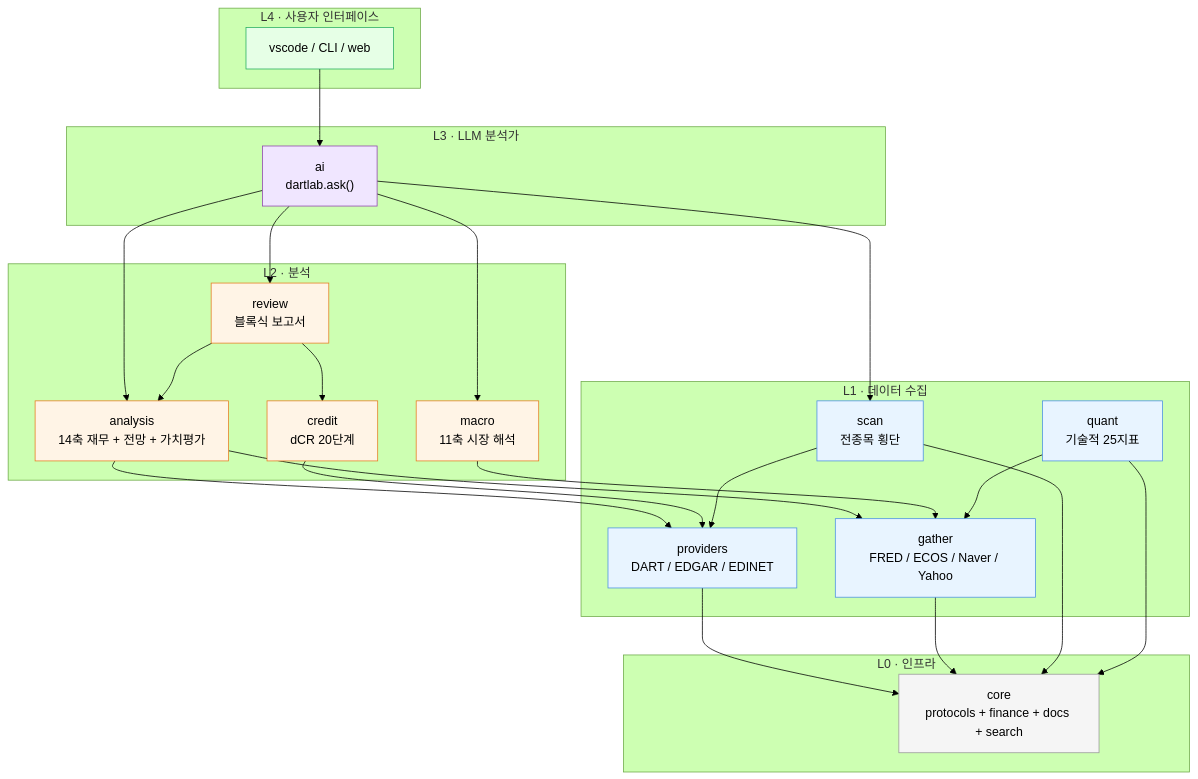
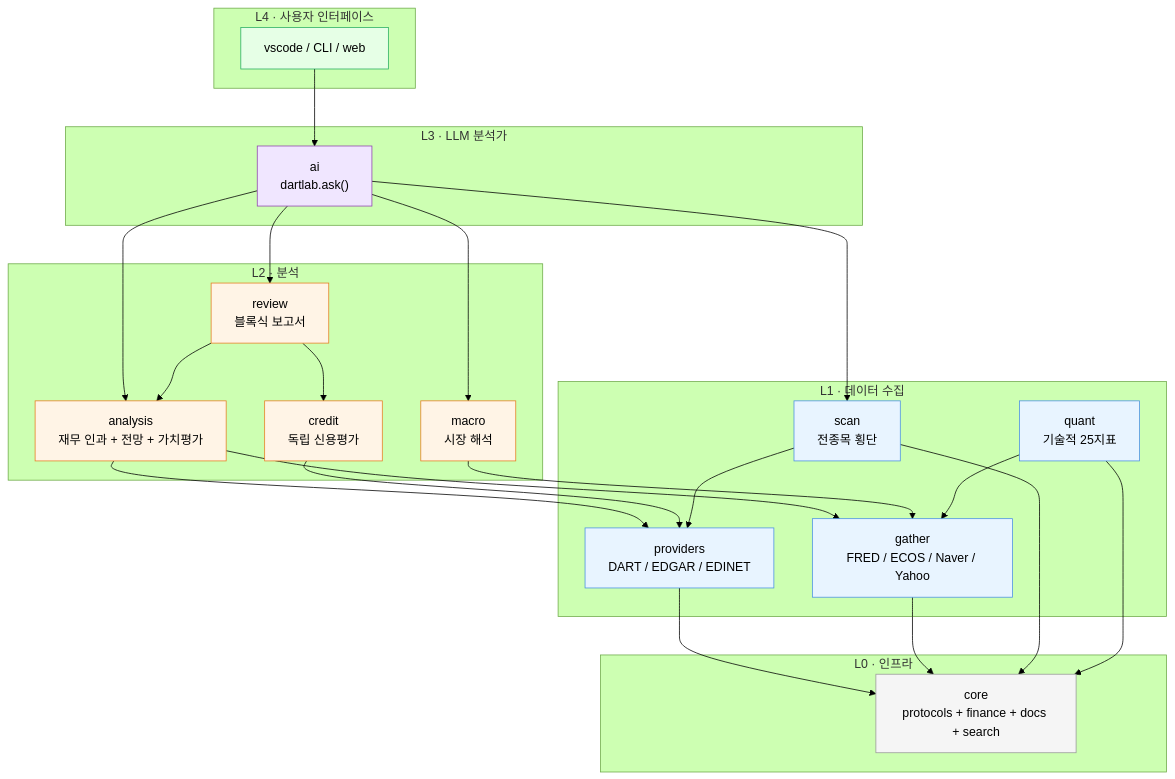
Before and after one commit to zkznxk123-sys/dartlab: the diagram in README_KR.md, drawn with Mermaid (forest theme). The commit also changed other lines of this file and 36 other files, not shown here.

````diff
--- a/README_KR.md
+++ b/README_KR.md
@@ -249,53 +267,53 @@
 ```mermaid
 flowchart TB
     subgraph L4["L4 · 사용자 인터페이스"]
         UI["vscode / CLI / web"]
     end
     subgraph L3["L3 · LLM 분석가"]
         AI["ai<br/>dartlab.ask()"]
     end
     subgraph L2["L2 · 분석"]
-        ANA["analysis<br/>14축 재무 + 전망 + 가치평가"]
-        CRD["credit<br/>dCR 20단계"]
-        MAC["macro<br/>11축 시장 해석"]
+        ANA["analysis<br/>재무 인과 + 전망 + 가치평가"]
+        CRD["credit<br/>독립 신용평가"]
+        MAC["macro<br/>시장 해석"]
         REV["review<br/>블록식 보고서"]
     end
     subgraph L1["L1 · 데이터 수집"]
         PRV["providers<br/>DART / EDGAR / EDINET"]
         GAT["gather<br/>FRED / ECOS / Naver / Yahoo"]
         SCN["scan<br/>전종목 횡단"]
         QNT["quant<br/>기술적 25지표"]
     end
     subgraph L0["L0 · 인프라"]
         CORE["core<br/>protocols + finance + docs + search"]
     end
 
     UI --> AI
     AI --> REV
     AI --> ANA
     AI --> MAC
     AI --> SCN
     REV --> ANA
     REV --> CRD
     ANA --> PRV
     ANA --> GAT
     CRD --> PRV
     MAC --> GAT
     SCN --> PRV
     QNT --> GAT
     PRV --> CORE
     GAT --> CORE
     SCN --> CORE
     QNT --> CORE
 
     classDef l0 fill:#f5f5f5,stroke:#999
     classDef l1 fill:#e8f4ff,stroke:#4a90e2
     classDef l2 fill:#fff4e6,stroke:#e67e22
     classDef l3 fill:#f0e6ff,stroke:#8e44ad
     classDef l4 fill:#e6ffe6,stroke:#27ae60
     class CORE l0
     class PRV,GAT,SCN,QNT l1
     class ANA,CRD,MAC,REV l2
     class AI l3
     class UI l4
 ```
````
